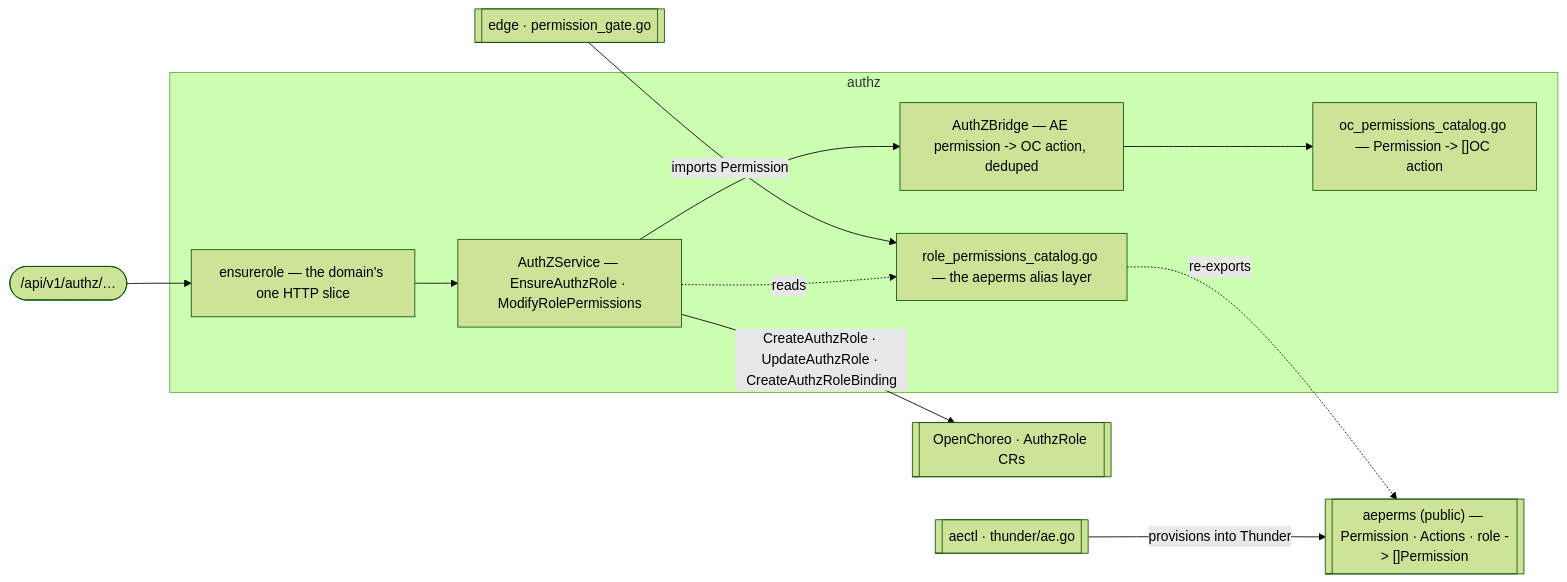
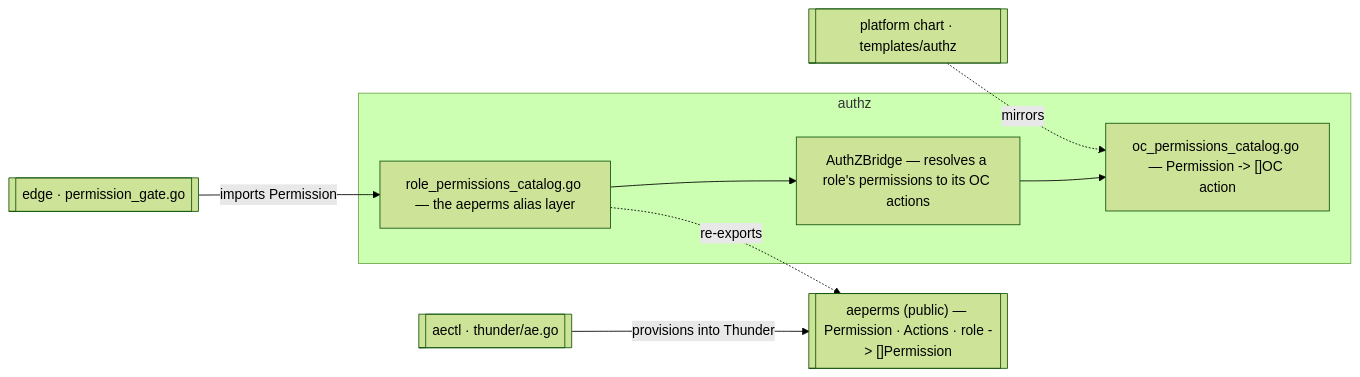
Before and after one commit to wso2/labs-agentic-engineer: the diagram in services/aep-api/internal/authz/README.md, drawn with Mermaid (forest theme). The commit also changed other lines of this file and 35 other files, not shown here.

````diff
--- a/services/aep-api/internal/authz/README.md
+++ b/services/aep-api/internal/authz/README.md
@@ -18,19 +20,14 @@
 ```mermaid
 flowchart LR
-  API(["/api/v1/authz/…"]) --> HTTP
   EDGE[[edge · permission_gate.go]] -->|imports Permission| CAT
+  CHART[[platform chart · templates/authz]] -.mirrors.-> OCCAT
   AECTL[[aectl · thunder/ae.go]] -->|provisions into Thunder| PERMS
   subgraph authz
-    HTTP["ensurerole — the domain's one HTTP slice"]
-    SVC["AuthZService — EnsureAuthzRole · ModifyRolePermissions"]
-    BRIDGE["AuthZBridge — AE permission -> OC action, deduped"]
     CAT["role_permissions_catalog.go — the aeperms alias layer"]
     OCCAT["oc_permissions_catalog.go — Permission -> []OC action"]
-    HTTP --> SVC
-    SVC --> BRIDGE
+    BRIDGE["AuthZBridge — resolves a role's permissions to its OC actions"]
+    CAT --> BRIDGE
     BRIDGE --> OCCAT
-    SVC -.reads.-> CAT
   end
   CAT -.re-exports.-> PERMS[["aeperms (public) — Permission · Actions · role -> []Permission"]]
-  SVC -->|CreateAuthzRole · UpdateAuthzRole · CreateAuthzRoleBinding| OC[[OpenChoreo · AuthzRole CRs]]
 ```
````
